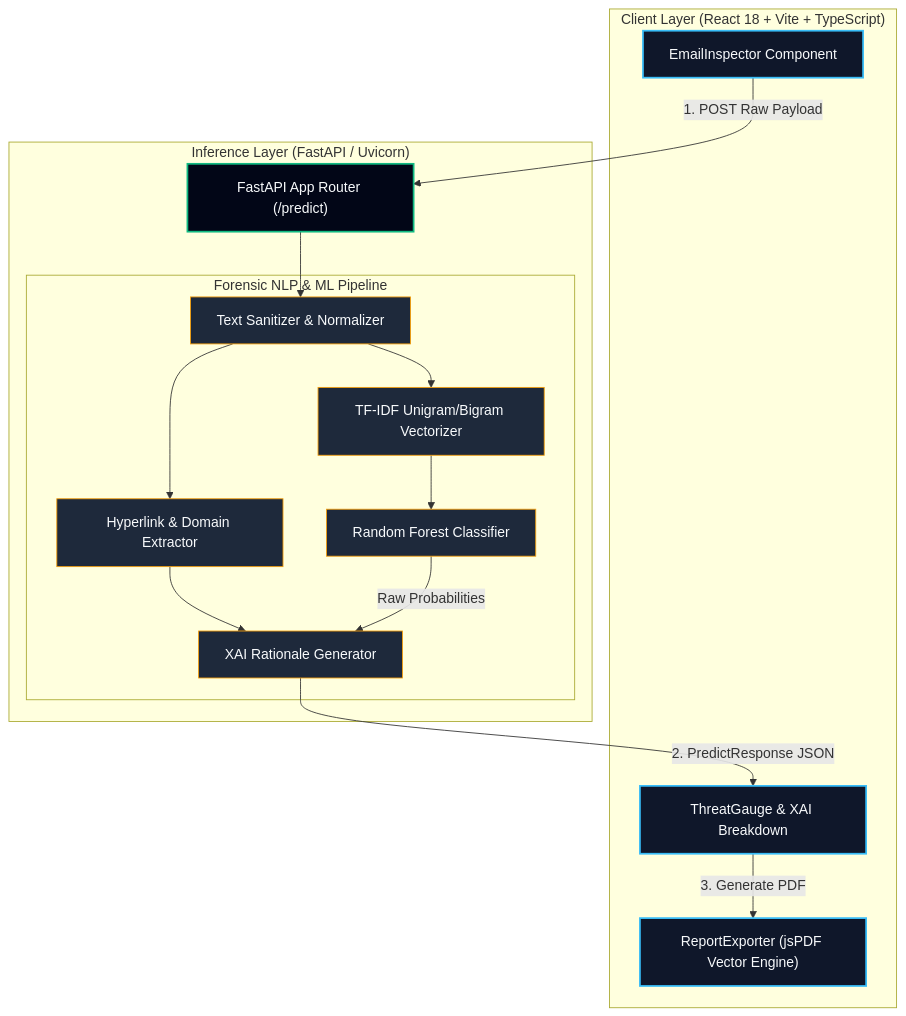
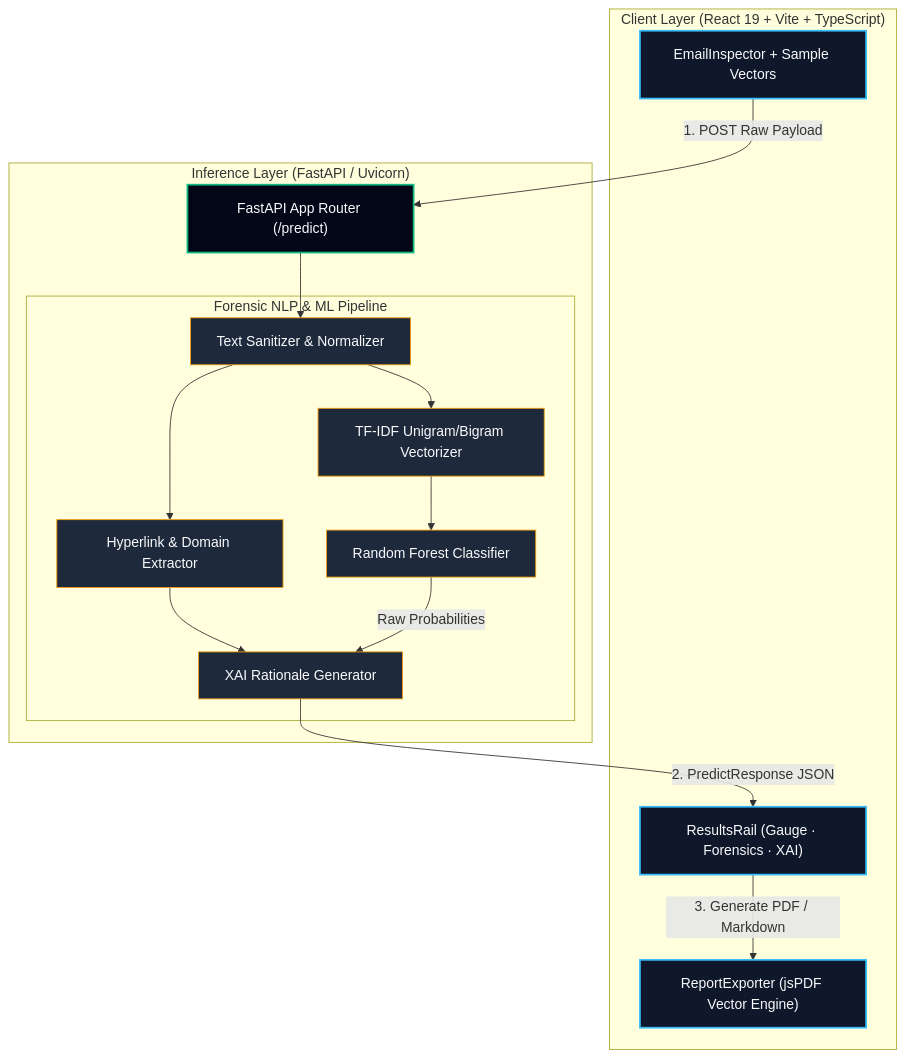
Before and after one commit to KrishKamra/PhishPhage: the diagram in README.md, drawn with Mermaid. The commit also changed other lines of this file and 4 other files, not shown here.

````diff
--- a/README.md
+++ b/README.md
@@ -117,39 +135,39 @@
 ```mermaid
 graph TD
-    subgraph Client ["Client Layer (React 18 + Vite + TypeScript)"]
-        UI["EmailInspector Component"]
-        Gauge["ThreatGauge & XAI Breakdown"]
+    subgraph Client ["Client Layer (React 19 + Vite + TypeScript)"]
+        UI["EmailInspector + Sample Vectors"]
+        Rail["ResultsRail (Gauge · Forensics · XAI)"]
         Export["ReportExporter (jsPDF Vector Engine)"]
     end
 
     subgraph API ["Inference Layer (FastAPI / Uvicorn)"]
         Router["FastAPI App Router (/predict)"]
         
         subgraph Pipeline ["Forensic NLP & ML Pipeline"]
             Sanitizer["Text Sanitizer & Normalizer"]
             URLExtract["Hyperlink & Domain Extractor"]
             TFIDF["TF-IDF Unigram/Bigram Vectorizer"]
             RFModel["Random Forest Classifier"]
             XAIEngine["XAI Rationale Generator"]
         end
     end
 
     UI -->|1. POST Raw Payload| Router
     Router --> Sanitizer
     Sanitizer --> URLExtract
     Sanitizer --> TFIDF
     TFIDF --> RFModel
     URLExtract --> XAIEngine
     RFModel -->|Raw Probabilities| XAIEngine
-    XAIEngine -->|2. PredictResponse JSON| Gauge
-    Gauge -->|3. Generate PDF| Export
+    XAIEngine -->|2. PredictResponse JSON| Rail
+    Rail -->|3. Generate PDF / Markdown| Export
 
     classDef client fill:#0f172a,stroke:#38bdf8,stroke-width:2px,color:#f8fafc;
     classDef backend fill:#020617,stroke:#10b981,stroke-width:2px,color:#f8fafc;
     classDef pipe fill:#1e293b,stroke:#f59e0b,stroke-width:1px,color:#f8fafc;
     
-    class UI,Gauge,Export client;
+    class UI,Rail,Export client;
     class Router backend;
     class Sanitizer,URLExtract,TFIDF,RFModel,XAIEngine pipe;
 
 ```
````
